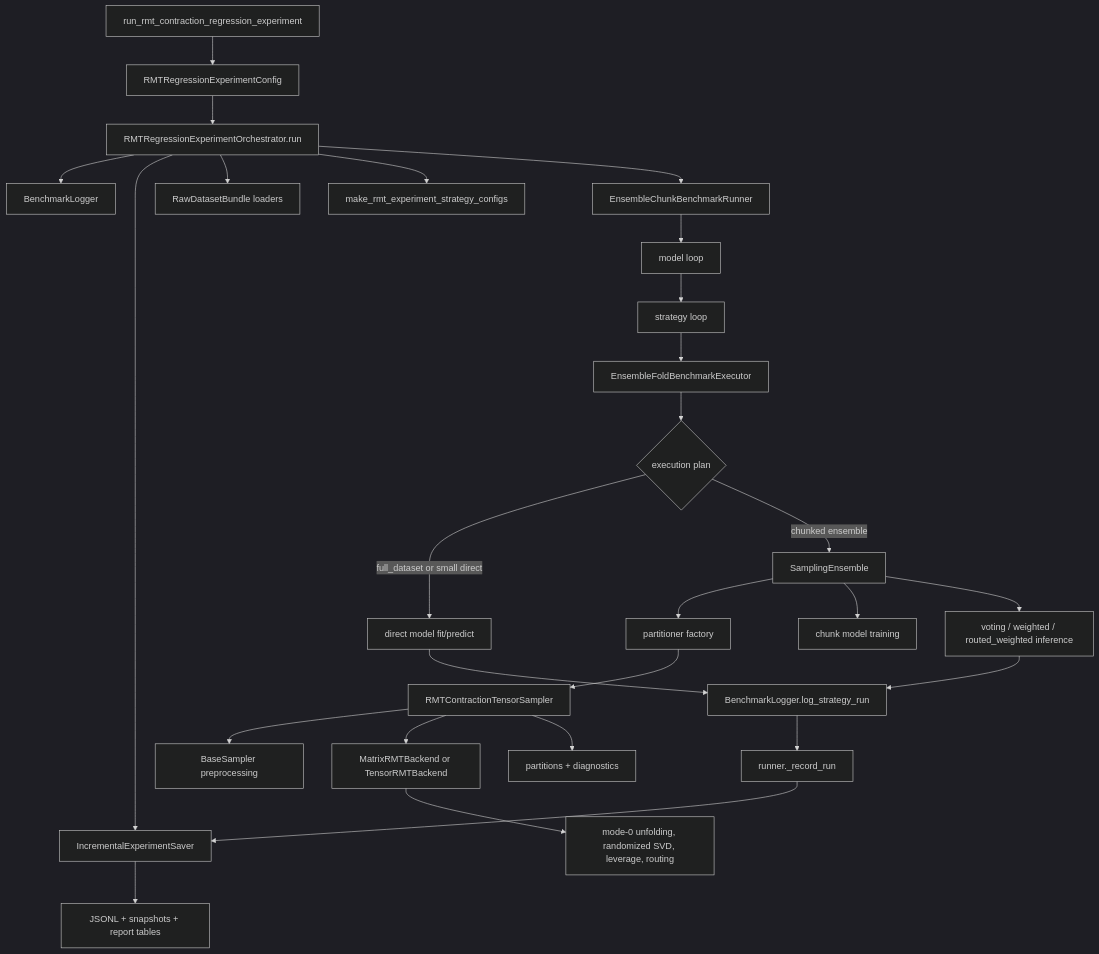
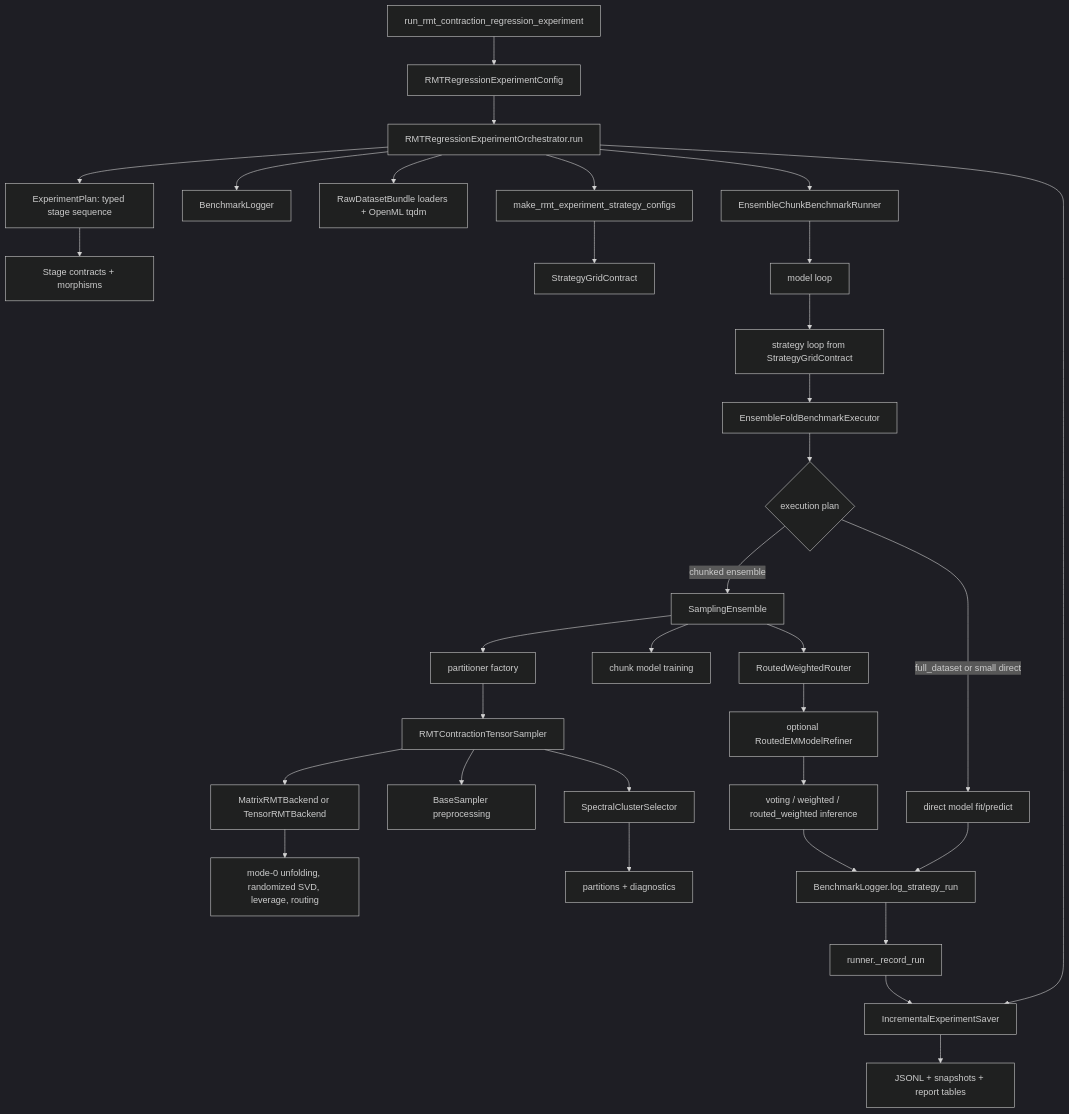
One commit to v1docq/Sampling-Zoo changed the first of 3 diagrams in docs/rmt_onboarding/01_run_rmt_contraction_architecture.md. Above: the diagram before and after it, drawn with Mermaid (dark theme). The commit also changed other lines of this file and 5 other files, not shown here.

````diff
--- a/docs/rmt_onboarding/01_run_rmt_contraction_architecture.md
+++ b/docs/rmt_onboarding/01_run_rmt_contraction_architecture.md
@@ -23,33 +26,39 @@
 ```mermaid
 flowchart TD
     A["run_rmt_contraction_regression_experiment"] --> B["RMTRegressionExperimentConfig"]
     B --> C["RMTRegressionExperimentOrchestrator.run"]
+    C --> C1["ExperimentPlan: typed stage sequence"]
+    C1 --> C2["Stage contracts + morphisms"]
     C --> D["BenchmarkLogger"]
     C --> E["IncrementalExperimentSaver"]
-    C --> F["RawDatasetBundle loaders"]
+    C --> F["RawDatasetBundle loaders + OpenML tqdm"]
     C --> G["make_rmt_experiment_strategy_configs"]
+    G --> G1["StrategyGridContract"]
     C --> H["EnsembleChunkBenchmarkRunner"]
 
     H --> I["model loop"]
-    I --> J["strategy loop"]
+    I --> J["strategy loop from StrategyGridContract"]
     J --> K["EnsembleFoldBenchmarkExecutor"]
 
     K --> L{"execution plan"}
     L -->|full_dataset or small direct| M["direct model fit/predict"]
     L -->|chunked ensemble| N["SamplingEnsemble"]
 
     N --> O["partitioner factory"]
     O --> P["RMTContractionTensorSampler"]
     P --> Q["BaseSampler preprocessing"]
     P --> R["MatrixRMTBackend or TensorRMTBackend"]
     R --> S["mode-0 unfolding, randomized SVD, leverage, routing"]
-    P --> T["partitions + diagnostics"]
+    P --> C3["SpectralClusterSelector"]
+    C3 --> T["partitions + diagnostics"]
     N --> U["chunk model training"]
-    N --> V["voting / weighted / routed_weighted inference"]
+    N --> V1["RoutedWeightedRouter"]
+    V1 --> V2["optional RoutedEMModelRefiner"]
+    V2 --> V["voting / weighted / routed_weighted inference"]
 
     M --> W["BenchmarkLogger.log_strategy_run"]
     V --> W
     W --> X["runner._record_run"]
     X --> E
     E --> Y["JSONL + snapshots + report tables"]
 ```
````
